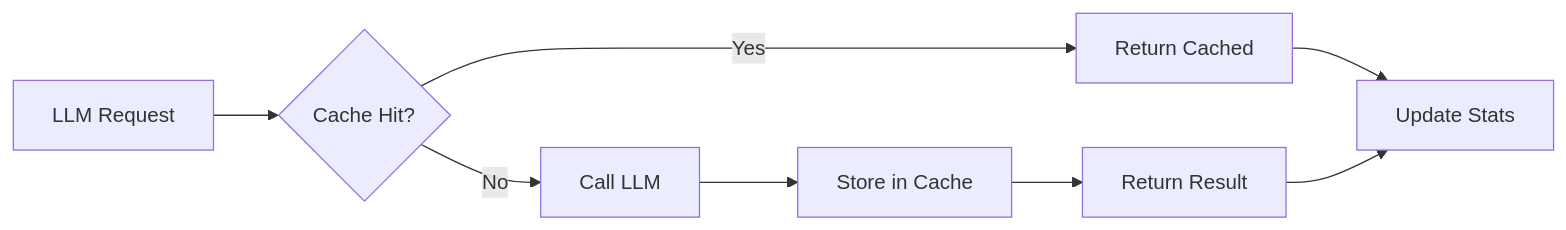
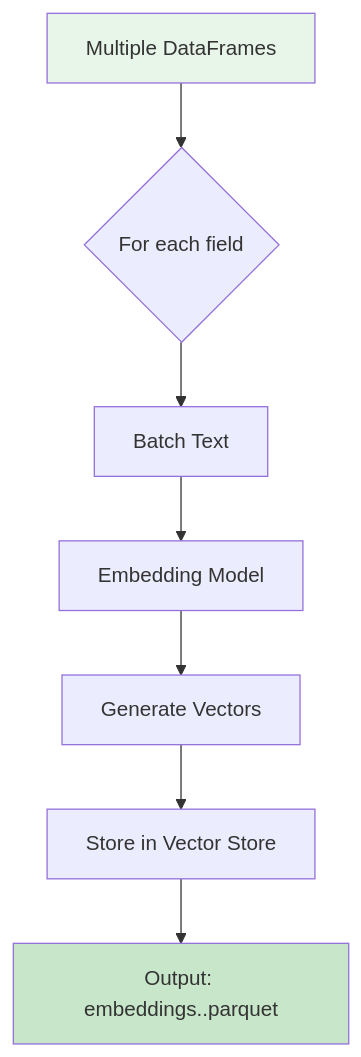
One commit to huytu0702/gtog changed the eighth of 10 diagrams in docs/tunh/GRAPHRAG_INDEXING_FLOW.md. Above: the diagram before and after it, drawn with Mermaid. The commit also changed other lines of this file and 1 other file, not shown here.

````diff
--- a/docs/tunh/GRAPHRAG_INDEXING_FLOW.md
+++ b/docs/tunh/GRAPHRAG_INDEXING_FLOW.md
@@ -758,11 +492,12 @@
 ```mermaid
-flowchart LR
-    A[LLM Request] --> B{Cache Hit?}
-    B -->|Yes| C[Return Cached]
-    B -->|No| D[Call LLM]
-    D --> E[Store in Cache]
-    E --> F[Return Result]
+graph TB
+    A[Multiple DataFrames] --> B{For each field}
+    B --> C[Batch Text]
+    C --> D[Embedding Model]
+    D --> E[Generate Vectors]
+    E --> F[Store in Vector Store]
+    F --> G[Output: embeddings.<field>.parquet]
     
-    C --> G[Update Stats]
-    F --> G
+    style A fill:#e8f5e9
+    style G fill:#c8e6c9
 ```
````
